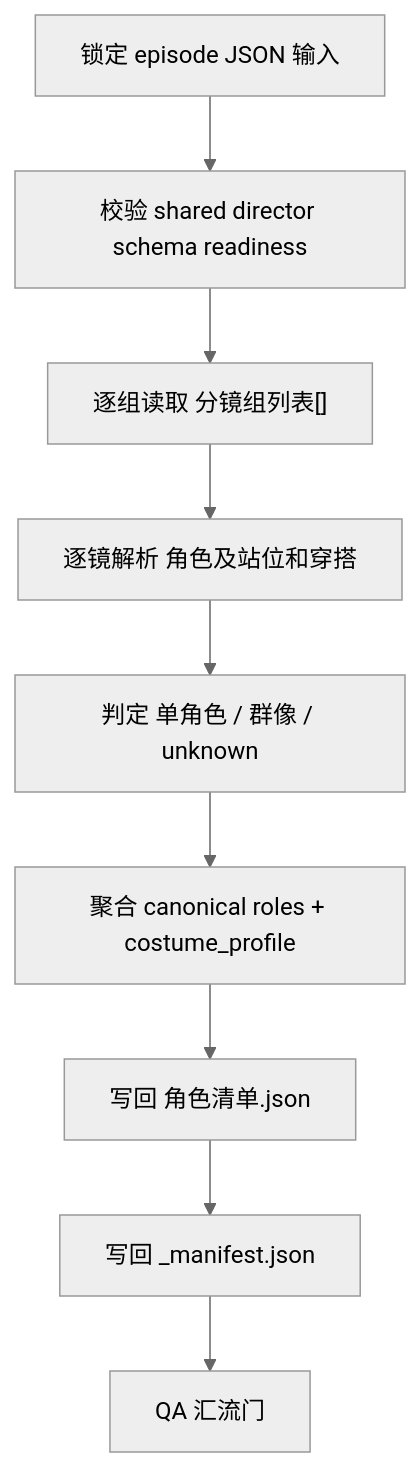
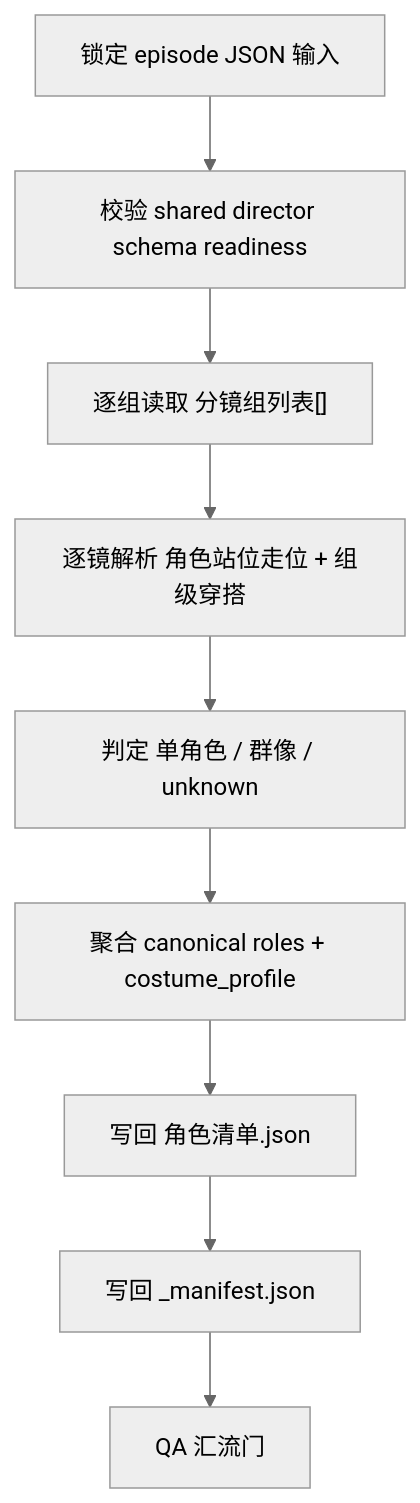
Before and after one commit to ZEN-VOID/AI-CUT: the first of 4 diagrams in .agents/skills/aigc/4-Design/角色/1-清单/SKILL.md, drawn with Mermaid (neutral theme). The commit also changed other lines of this file and 25 other files, not shown here.

````diff
--- a/.agents/skills/aigc/4-Design/角色/1-清单/SKILL.md
+++ b/.agents/skills/aigc/4-Design/角色/1-清单/SKILL.md
@@ -115,11 +115,11 @@
 ```mermaid
 flowchart TD
     A["锁定 episode JSON 输入"] --> B["校验 shared director schema readiness"]
     B --> C["逐组读取 分镜组列表[]"]
-    C --> D["逐镜解析 角色及站位和穿搭"]
+    C --> D["逐镜解析 角色站位走位 + 组级穿搭"]
     D --> E["判定 单角色 / 群像 / unknown"]
     E --> F["聚合 canonical roles + costume_profile"]
     F --> G["写回 角色清单.json"]
     G --> H["写回 _manifest.json"]
     H --> I["QA 汇流门"]
 ```
````
